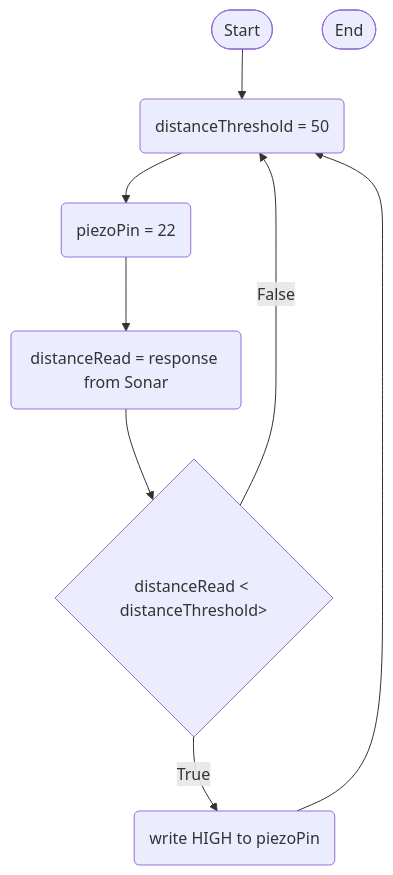
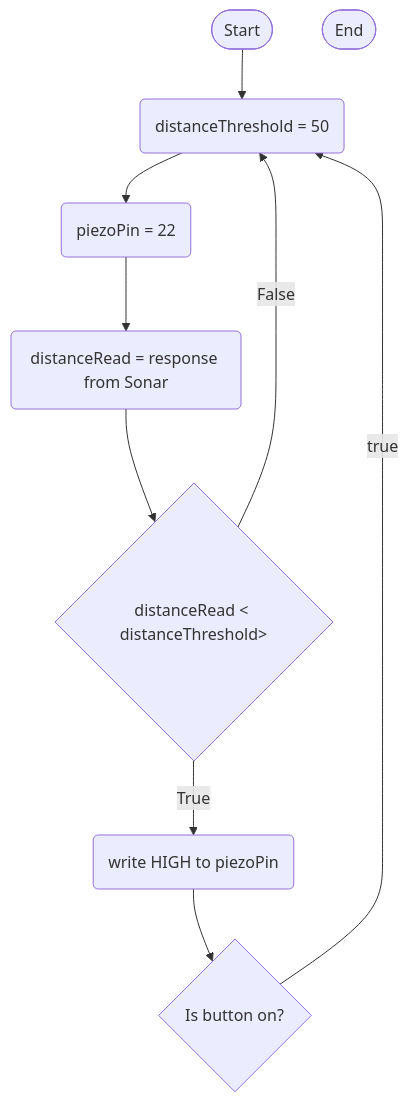
Before and after one commit to 0717330/arduino-board-project: the diagram in logic.md, drawn with Mermaid.

````diff
--- a/logic.md
+++ b/logic.md
@@ -1,19 +1,24 @@
 ```mermaid
 flowchart TD
 terminalStart([Start])
 terminalEnd([End])
 
 thresholdSet(distanceThreshold = 50)
 setPiezoPin(piezoPin = 22)
 currentDistanceReading(distanceRead = response from Sonar)
 activatePiezo(write HIGH to piezoPin)
 ifDistanceLessThanThreshold{distanceRead < distanceThreshold>}
+ButtonLogic{Is button on?}
 
 terminalStart --> thresholdSet
 thresholdSet --> setPiezoPin
 setPiezoPin --> currentDistanceReading
 currentDistanceReading --> ifDistanceLessThanThreshold
 ifDistanceLessThanThreshold --> |True| activatePiezo
-activatePiezo --> thresholdSet
+activatePiezo --> ButtonLogic
+ButtonLogic --> |true| thresholdSet
+
+thresholdSet
 ifDistanceLessThanThreshold ---> |False| thresholdSet
+
 ```
````
